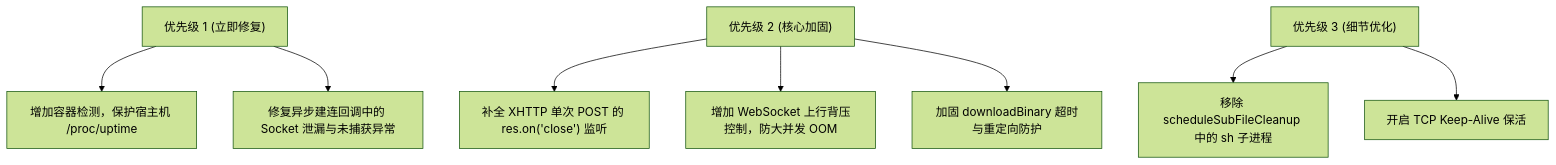
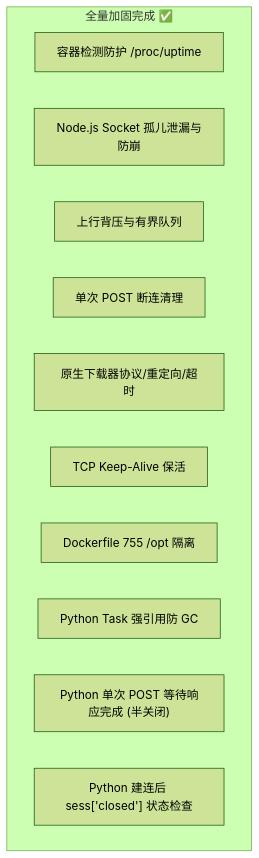
The diagram in CODE_AUDIT_REPORT.md (zaofengyue/argo), drawn with Mermaid (forest theme) before and after one commit. The commit also changed other lines of this file and 2 other files, not shown here.

Commit message:
fix(python): fix single post half-close response streaming and session teardown check

````diff
--- a/CODE_AUDIT_REPORT.md
+++ b/CODE_AUDIT_REPORT.md
@@ -401,12 +266,15 @@
 ```mermaid
 flowchart TD
-    P1["优先级 1 (立即修复)"] --> A["增加容器检测，保护宿主机 /proc/uptime"]
-    P1 --> B["修复异步建连回调中的 Socket 泄漏与未捕获异常"]
-    
-    P2["优先级 2 (核心加固)"] --> C["补全 XHTTP 单次 POST 的 res.on('close') 监听"]
-    P2 --> D["增加 WebSocket 上行背压控制，防大并发 OOM"]
-    P2 --> E["加固 downloadBinary 超时与重定向防护"]
-    
-    P3["优先级 3 (细节优化)"] --> F["移除 scheduleSubFileCleanup 中的 sh 子进程"]
-    P3 --> G["开启 TCP Keep-Alive 保活"]
+    subgraph 已完成项["全量加固完成 ✅"]
+        A1["容器检测防护 /proc/uptime"]
+        A2["Node.js Socket 孤儿泄漏与防崩"]
+        A3["上行背压与有界队列"]
+        A4["单次 POST 断连清理"]
+        A5["原生下载器协议/重定向/超时"]
+        A6["TCP Keep-Alive 保活"]
+        A7["Dockerfile 755 /opt 隔离"]
+        A8["Python Task 强引用防 GC"]
+        B1["Python 单次 POST 等待响应完成 (半关闭)"]
+        B2["Python 建连后 sess['closed'] 状态检查"]
+    end
 ```
````
